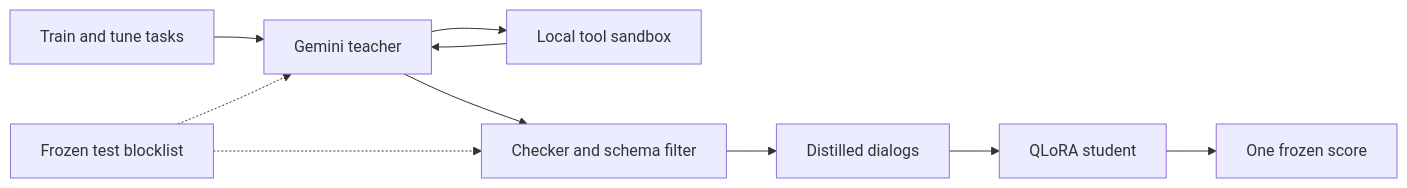
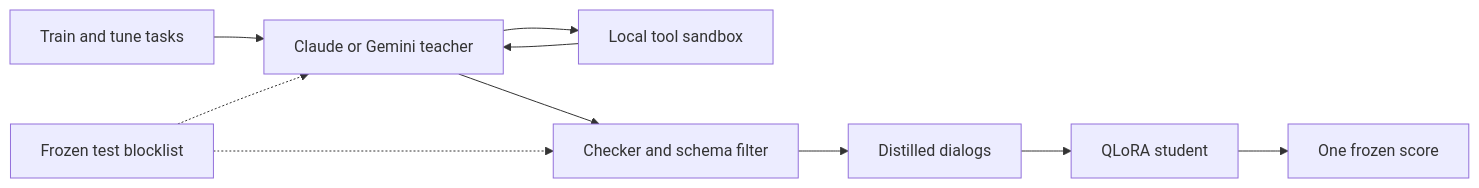
Before and after one commit to shmorsi/orbit-multi-agent: the second of 2 diagrams in README.md, drawn with Mermaid. The commit also changed other lines of this file and 5 other files, not shown here.

````diff
--- a/README.md
+++ b/README.md
@@ -31,12 +59,12 @@
 ```mermaid
 flowchart LR
-  pool[Train and tune tasks] --> teacher[Gemini teacher]
+  pool[Train and tune tasks] --> teacher[Claude or Gemini teacher]
   teacher --> sandbox[Local tool sandbox]
   sandbox --> teacher
   teacher --> keep[Checker and schema filter]
   keep --> dialogs[Distilled dialogs]
   dialogs --> student[QLoRA student]
   block[Frozen test blocklist] -.-> teacher
   block -.-> keep
   student --> score[One frozen score]
 ```
````
